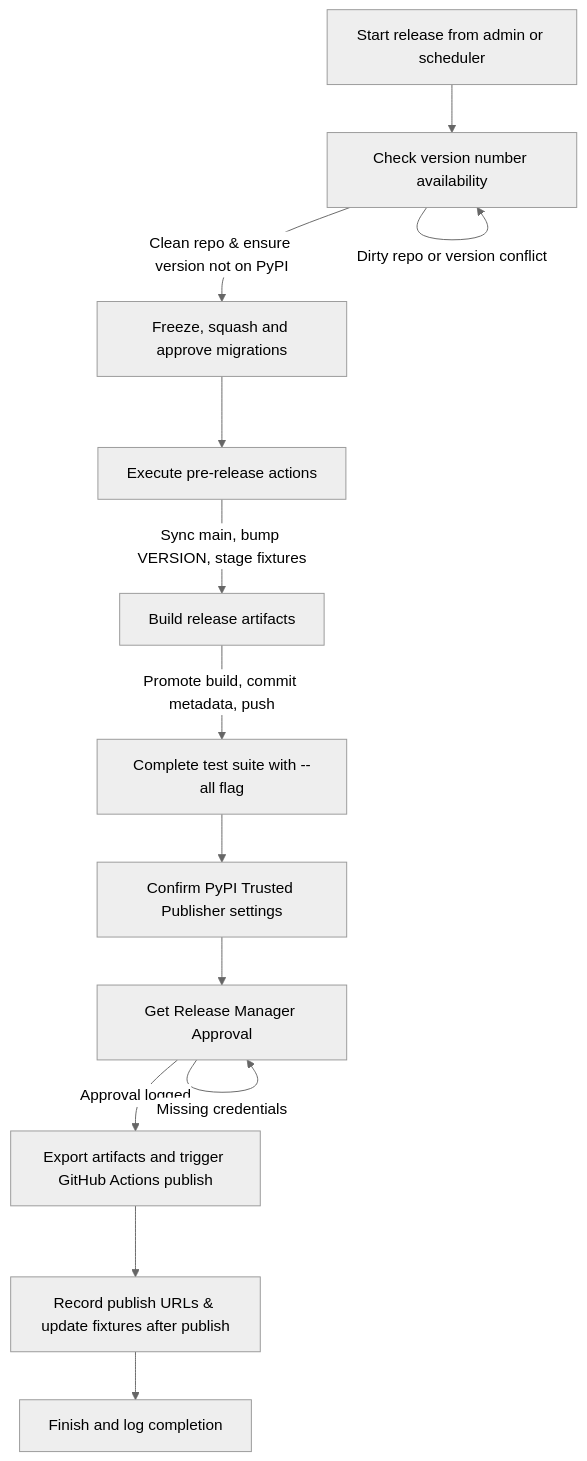
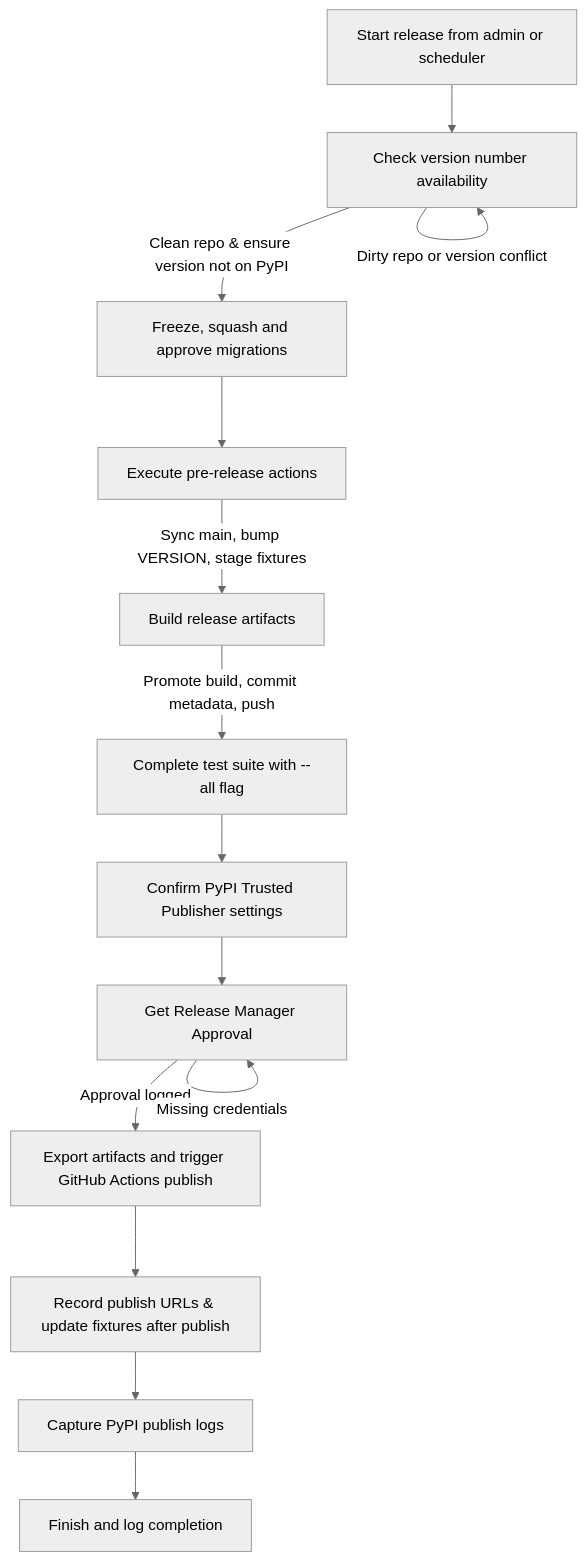
One commit to arthexis/arthexis changed the diagram in docs/development/package-release-process.md. Above: the diagram before and after it, drawn with Mermaid (neutral theme). The commit also changed other lines of this file and 3 other files, not shown here.

Commit message:
Add post-publish capture of PyPI logs

````diff
--- a/docs/development/package-release-process.md
+++ b/docs/development/package-release-process.md
@@ -5,15 +5,16 @@
 ```mermaid
 flowchart TD
     A[Start release from admin or scheduler] --> B[Check version number availability]
     B -->|Clean repo & ensure version not on PyPI| C[Freeze, squash and approve migrations]
     C --> D[Execute pre-release actions]
     D -->|Sync main, bump VERSION, stage fixtures| E[Build release artifacts]
     E -->|Promote build, commit metadata, push| F[Complete test suite with --all flag]
     F --> TP[Confirm PyPI Trusted Publisher settings]
     TP --> G[Get Release Manager Approval]
     G -->|Approval logged| H[Export artifacts and trigger GitHub Actions publish]
     H --> I[Record publish URLs & update fixtures after publish]
-    I --> J[Finish and log completion]
+    I --> J[Capture PyPI publish logs]
+    J --> K[Finish and log completion]
     G -->|Missing credentials| G
     B -->|Dirty repo or version conflict| B
 ```
````
